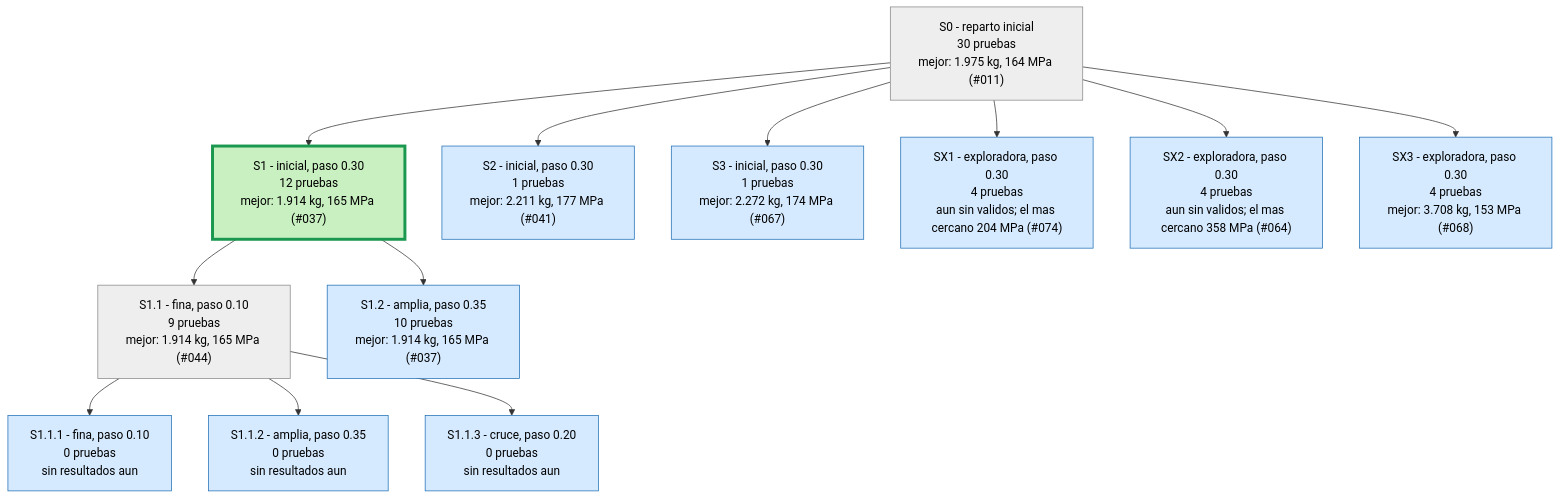
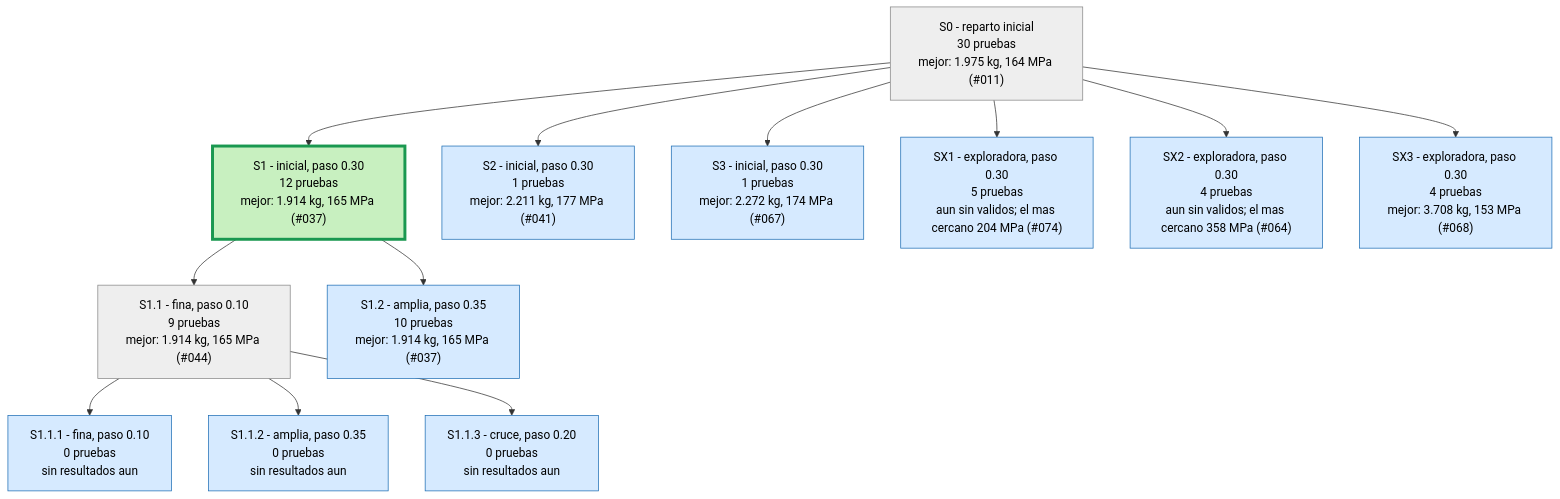
One commit to Hugiko/msd-soporte-optimizacion changed the first of 4 diagrams in runs/opt_37800N/ARBOL.md. Above: the diagram before and after it, drawn with Mermaid. The commit also changed 29 other files, not shown here.

````diff
--- a/runs/opt_37800N/ARBOL.md
+++ b/runs/opt_37800N/ARBOL.md
@@ -9,29 +9,29 @@
 ```mermaid
 graph TD
 classDef activa fill:#d6eaff,stroke:#1f6fb5,color:#000
 classDef fin fill:#eeeeee,stroke:#888,color:#000
 classDef mejor fill:#c8f0c0,stroke:#1a9850,stroke-width:4px,color:#000
 S0["S0 - reparto inicial<br/>30 pruebas<br/>mejor: 1.975 kg, 164 MPa (#011)"]:::fin
 S1["S1 - inicial, paso 0.30<br/>12 pruebas<br/>mejor: 1.914 kg, 165 MPa (#037)"]:::mejor
 S0 --> S1
 S2["S2 - inicial, paso 0.30<br/>1 pruebas<br/>mejor: 2.211 kg, 177 MPa (#041)"]:::activa
 S0 --> S2
 S3["S3 - inicial, paso 0.30<br/>1 pruebas<br/>mejor: 2.272 kg, 174 MPa (#067)"]:::activa
 S0 --> S3
 S1_1["S1.1 - fina, paso 0.10<br/>9 pruebas<br/>mejor: 1.914 kg, 165 MPa (#044)"]:::fin
 S1 --> S1_1
 S1_2["S1.2 - amplia, paso 0.35<br/>10 pruebas<br/>mejor: 1.914 kg, 165 MPa (#037)"]:::activa
 S1 --> S1_2
 S1_1_1["S1.1.1 - fina, paso 0.10<br/>0 pruebas<br/>sin resultados aun"]:::activa
 S1_1 --> S1_1_1
 S1_1_2["S1.1.2 - amplia, paso 0.35<br/>0 pruebas<br/>sin resultados aun"]:::activa
 S1_1 --> S1_1_2
 S1_1_3["S1.1.3 - cruce, paso 0.20<br/>0 pruebas<br/>sin resultados aun"]:::activa
 S1_1 --> S1_1_3
-SX1["SX1 - exploradora, paso 0.30<br/>4 pruebas<br/>aun sin validos; el mas cercano 204 MPa (#074)"]:::activa
+SX1["SX1 - exploradora, paso 0.30<br/>5 pruebas<br/>aun sin validos; el mas cercano 204 MPa (#074)"]:::activa
 S0 --> SX1
 SX2["SX2 - exploradora, paso 0.30<br/>4 pruebas<br/>aun sin validos; el mas cercano 358 MPa (#064)"]:::activa
 S0 --> SX2
 SX3["SX3 - exploradora, paso 0.30<br/>4 pruebas<br/>mejor: 3.708 kg, 153 MPa (#068)"]:::activa
 S0 --> SX3
 ```
````
